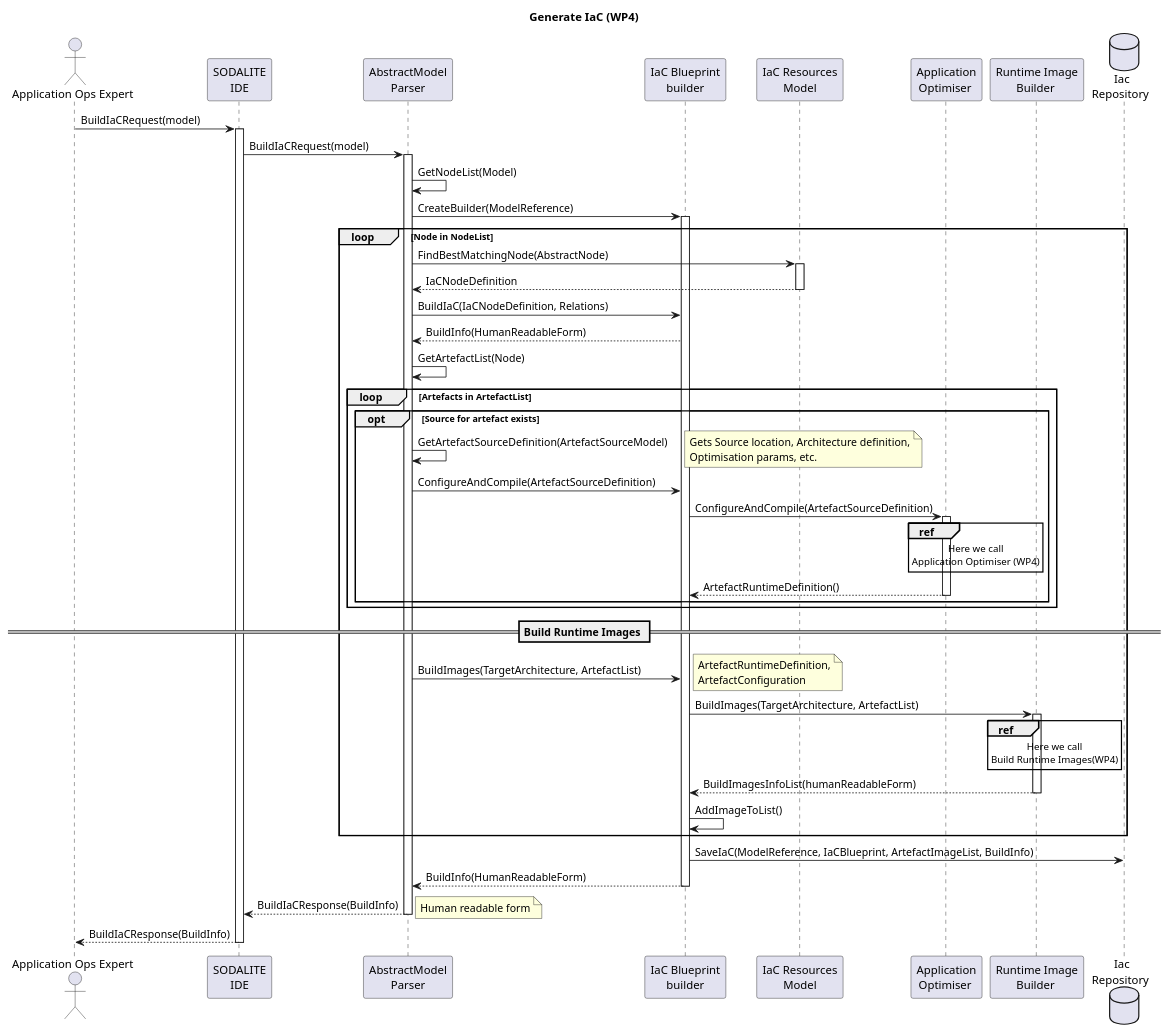
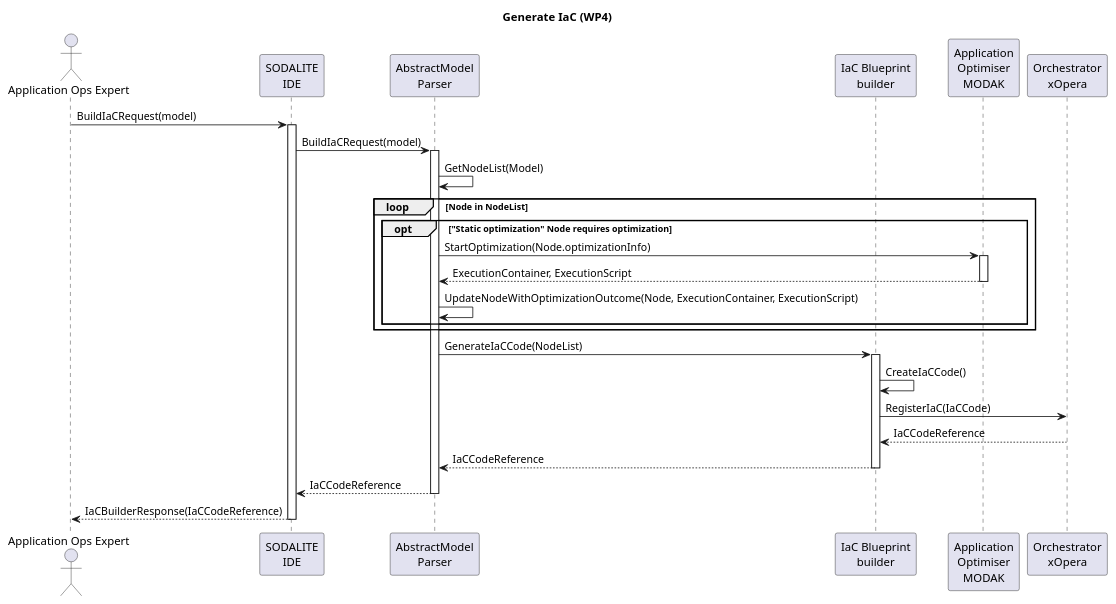
The diagram in uml/sequence-diagrams/UC-03-GenerateIaCcode-WP4.puml (SODALITE-EU/project-wide-documentation), drawn with PlantUML before and after one commit. The commit also changed 1 other file, not shown here.

Commit message:
MODAK integration update

```diff
--- a/uml/sequence-diagrams/UC-03-GenerateIaCcode-WP4.puml
+++ b/uml/sequence-diagrams/UC-03-GenerateIaCcode-WP4.puml
@@ -1,107 +1,52 @@
 @startuml
 title Generate IaC (WP4)
 
 'Define user actors
 actor "Application Ops Expert"  as AppOpsExp
-participant "SODALITE\nIDE" as SIC
+participant "SODALITE\nIDE" as IDE
 participant "AbstractModel\nParser" as SAPC
 participant "IaC Blueprint\nbuilder" as SBBC
-participant "IaC Resources\nModel" as SRMC
-participant "Application\nOptimiser " as SPOC
-participant "Runtime Image\nBuilder " as SRIBC
-database "Iac\nRepository " as SIR
+participant "Application\nOptimiser\nMODAK" as SPOC
+participant "Orchestrator\nxOpera" as orch
 
-AppOpsExp->SIC: BuildIaCRequest(model)
+AppOpsExp->IDE: BuildIaCRequest(model)
 
-activate SIC
+activate IDE
 
-SIC->SAPC: BuildIaCRequest(model)
+IDE->SAPC: BuildIaCRequest(model)
 
 activate SAPC
 'prepare a workable node list of the model  - flatten the relationship three
 SAPC->SAPC: GetNodeList(Model)
 
-SAPC->SBBC: CreateBuilder(ModelReference)
-activate SBBC
-
 'Main loop - go through the abstract nodes list
 loop Node in NodeList
 
-    'find the best IaC node definition match for the abstract node
-    SAPC->SRMC: FindBestMatchingNode(AbstractNode)
-    activate SRMC
-        SRMC-->SAPC: IaCNodeDefinition
-    deactivate SRMC
 
-    'Build IaC node based on best mathing IaC node definition, additionally configuring possible relations (connection definitions) to other nodes
-    SAPC->SBBC: BuildIaC(IaCNodeDefinition, Relations)
-
-    'IaC node built, BuildInfo returned
-    SBBC-->SAPC: BuildInfo(HumanReadableForm)
-
-    'prepare a workable artefact list of the model  - flatten the relationship three
-    SAPC->SAPC: GetArtefactList(Node)
-
-    'loop through abstract artefact definitions to be deployed on that node
-    loop Artefacts in ArtefactList
-        'evaluate the possibility of artefact performance optimisation
-        opt Source for artefact exists
-            SAPC->SAPC: GetArtefactSourceDefinition(ArtefactSourceModel)
-            note right
-            Gets Source location, Architecture definition,
-            Optimisation params, etc.
-            end note
-
-            SAPC->SBBC: ConfigureAndCompile(ArtefactSourceDefinition)
-            SBBC->SPOC: ConfigureAndCompile(ArtefactSourceDefinition)
-            activate SPOC
-            ref over SPOC: Here we call\nApplication Optimiser (WP4)
-            SPOC-->SBBC: ArtefactRuntimeDefinition()
-            deactivate SPOC
-        end
-
-
-
+    opt "Static optimization" Node requires optimization
+        SAPC->SPOC: StartOptimization(Node.optimizationInfo)
+        activate SPOC
+        SPOC-->SAPC: ExecutionContainer, ExecutionScript
+        deactivate SPOC
+        SAPC->SAPC: UpdateNodeWithOptimizationOutcome(Node, ExecutionContainer, ExecutionScript)
     end
-
-    'at this point an ArtefactRuntime is in place meaning that there an executable binary with referenced libraries and configuration is in place
-    == Build Runtime Images ==
-    'These steps define the tools and building recipes for building and packaging the container image
-    SAPC->SBBC: BuildImages(TargetArchitecture, ArtefactList)
-    note right
-    ArtefactRuntimeDefinition,
-    ArtefactConfiguration
-    end note
-
-
-    SBBC->SRIBC: BuildImages(TargetArchitecture, ArtefactList)
-    ref over SRIBC: Here we call\nBuild Runtime Images(WP4)
-    activate SRIBC
-    SBBC<--SRIBC: BuildImagesInfoList(humanReadableForm)
-    deactivate SRIBC
-
-
-    SBBC->SBBC: AddImageToList()
 
 end
 
-
-'Save the resulting IaC and recipes together with build time information (errors, warnings, information, improvement suggestions - all adressing the abstract model)
-SBBC->SIR: SaveIaC(ModelReference, IaCBlueprint, ArtefactImageList, BuildInfo)
-
-'Return the reference to compile/build time information (errors, warnings, information, improvement suggestions - all adressing the abstract model)
-SBBC-->SAPC: BuildInfo(HumanReadableForm)
+SAPC->SBBC: GenerateIaCCode(NodeList)
+activate SBBC
+SBBC->SBBC: CreateIaCCode()
+SBBC->orch: RegisterIaC(IaCCode)
+orch-->SBBC: IaCCodeReference
+SBBC-->SAPC: IaCCodeReference
 deactivate SBBC
 
 'Return the reference to compile time information - (eg errors, warnings, information, improvement suggestions - all adressing the abstract model
-SAPC-->SIC: BuildIaCResponse(BuildInfo)
-note right
-Human readable form
-end note
+SAPC-->IDE: IaCCodeReference
 
 deactivate SAPC
 
-SIC-->AppOpsExp: BuildIaCResponse(BuildInfo)
-deactivate SIC
+IDE-->AppOpsExp: IaCBuilderResponse(IaCCodeReference)
+deactivate IDE
 
 @enduml
```
